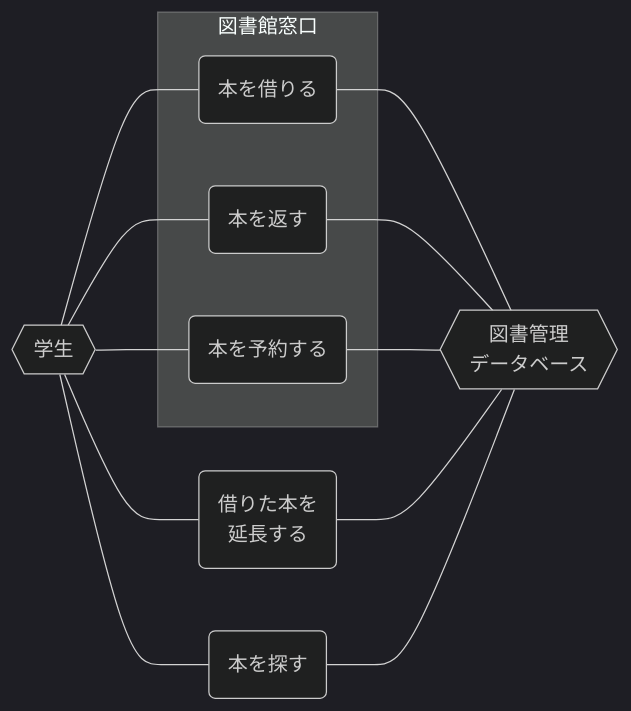
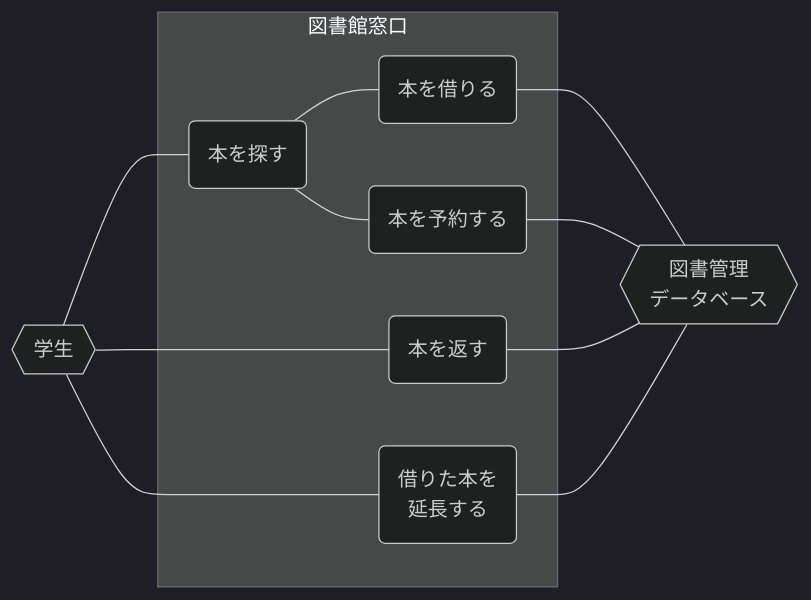
Before and after one commit to Shibasaki1224/Marmade_Vol.1: the diagram in mermaid2.md, drawn with Mermaid (dark theme).

````diff
--- a/mermaid2.md
+++ b/mermaid2.md
@@ -1,22 +1,24 @@
 ```mermaid
 flowchart LR
 a{{学生}}
 b(本を借りる)
 c(本を返す)
 d(本を予約する)
 e("借りた本を\n延長する")
 f(本を探す)
 g{{"図書管理\nデータベース"}}
 
-a---b---g
+a---f
+f---b---g
+f---d---g
 a---c---g
-a---d---g
 a---e---g
-a---f---g
 
 subgraph 図書館窓口
 b
 c
 d
+e
+f
 end
 ```
````
